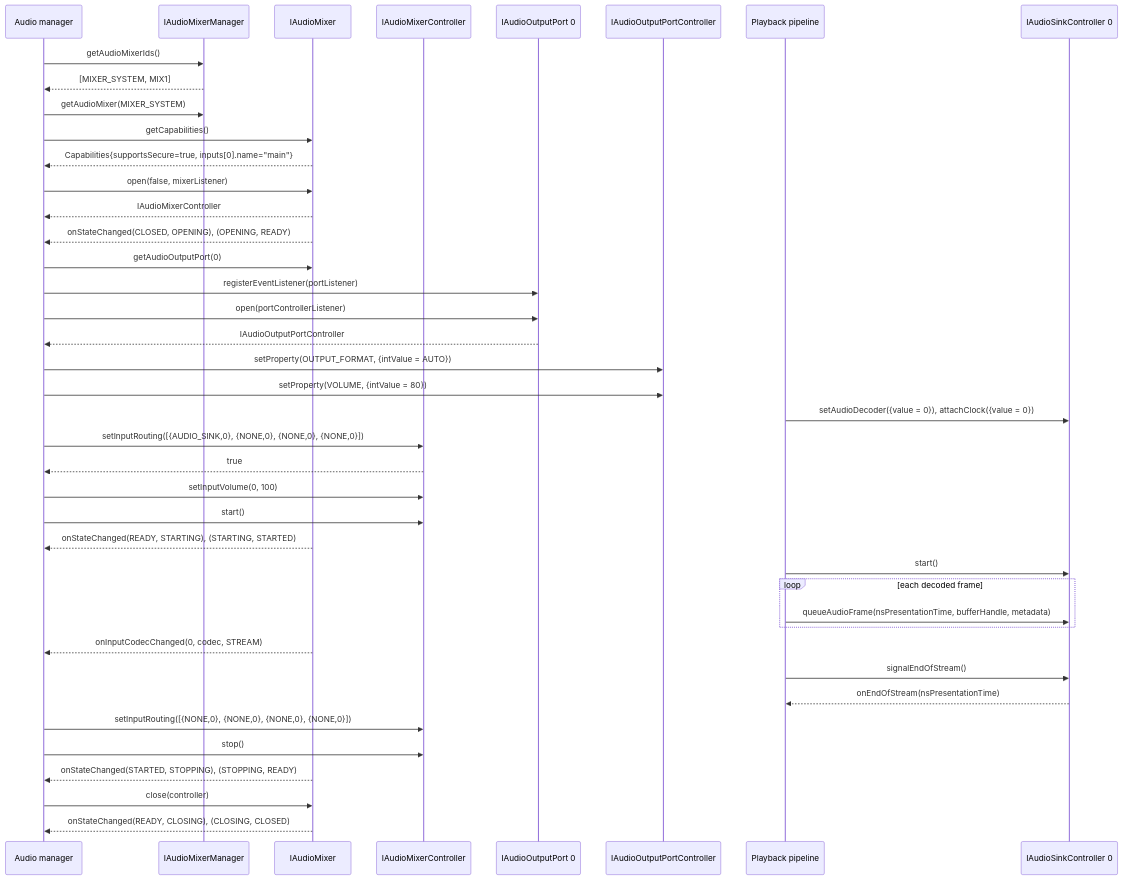
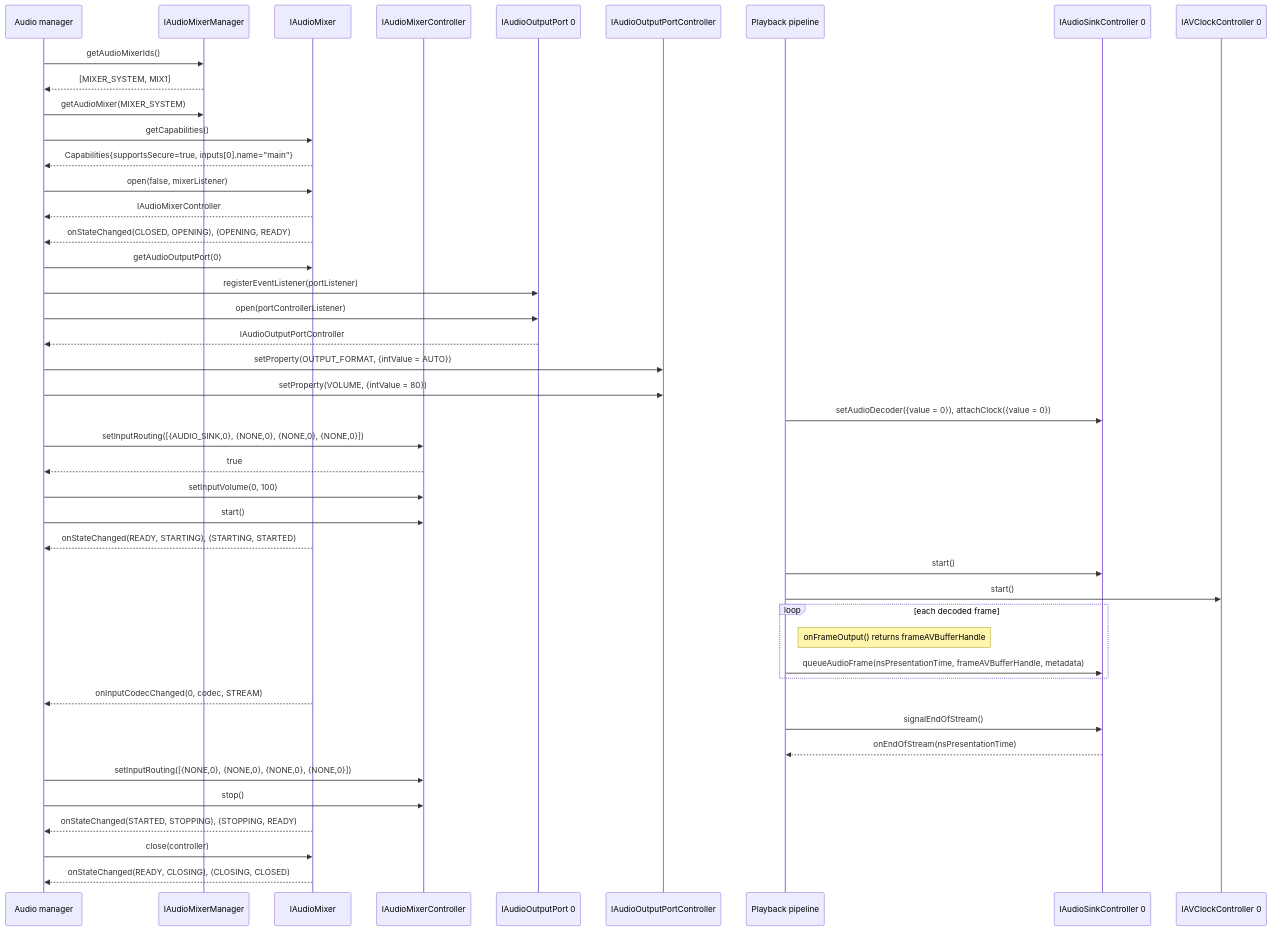
The first of 9 diagrams in audiomixer/current/docs/use_cases.md (rdkcentral/rdk-halif-aidl), drawn with Mermaid before and after one commit. The commit also changed other lines of this file and 1 other file, not shown here.

First line of the commit message:
Fix #354: Correct audiomixer use-case sequences

````diff
--- a/audiomixer/current/docs/use_cases.md
+++ b/audiomixer/current/docs/use_cases.md
@@ -24,44 +24,47 @@
 ```mermaid
 sequenceDiagram
     participant AM as Audio manager
     participant MGR as IAudioMixerManager
     participant MIX as IAudioMixer
     participant MC as IAudioMixerController
     participant PORT as IAudioOutputPort 0
     participant PC as IAudioOutputPortController
     participant PP as Playback pipeline
     participant SNK as IAudioSinkController 0
+    participant CLK as IAVClockController 0
 
     AM->>MGR: getAudioMixerIds()
     MGR-->>AM: [MIXER_SYSTEM, MIX1]
     AM->>MGR: getAudioMixer(MIXER_SYSTEM)
     AM->>MIX: getCapabilities()
     MIX-->>AM: Capabilities{supportsSecure=true, inputs[0].name="main"}
     AM->>MIX: open(false, mixerListener)
     MIX-->>AM: IAudioMixerController
     MIX-->>AM: onStateChanged(CLOSED, OPENING), (OPENING, READY)
     AM->>MIX: getAudioOutputPort(0)
     AM->>PORT: registerEventListener(portListener)
     AM->>PORT: open(portControllerListener)
     PORT-->>AM: IAudioOutputPortController
     AM->>PC: setProperty(OUTPUT_FORMAT, {intValue = AUTO})
     AM->>PC: setProperty(VOLUME, {intValue = 80})
     PP->>SNK: setAudioDecoder({value = 0}), attachClock({value = 0})
     AM->>MC: setInputRouting([{AUDIO_SINK,0}, {NONE,0}, {NONE,0}, {NONE,0}])
     MC-->>AM: true
     AM->>MC: setInputVolume(0, 100)
     AM->>MC: start()
     MIX-->>AM: onStateChanged(READY, STARTING), (STARTING, STARTED)
     PP->>SNK: start()
+    PP->>CLK: start()
     loop each decoded frame
-        PP->>SNK: queueAudioFrame(nsPresentationTime, bufferHandle, metadata)
+        Note right of PP: onFrameOutput() returns frameAVBufferHandle
+        PP->>SNK: queueAudioFrame(nsPresentationTime, frameAVBufferHandle, metadata)
     end
     MIX-->>AM: onInputCodecChanged(0, codec, STREAM)
     PP->>SNK: signalEndOfStream()
     SNK-->>PP: onEndOfStream(nsPresentationTime)
     AM->>MC: setInputRouting([{NONE,0}, {NONE,0}, {NONE,0}, {NONE,0}])
     AM->>MC: stop()
     MIX-->>AM: onStateChanged(STARTED, STOPPING), (STOPPING, READY)
     AM->>MIX: close(controller)
     MIX-->>AM: onStateChanged(READY, CLOSING), (CLOSING, CLOSED)
 ```
````
